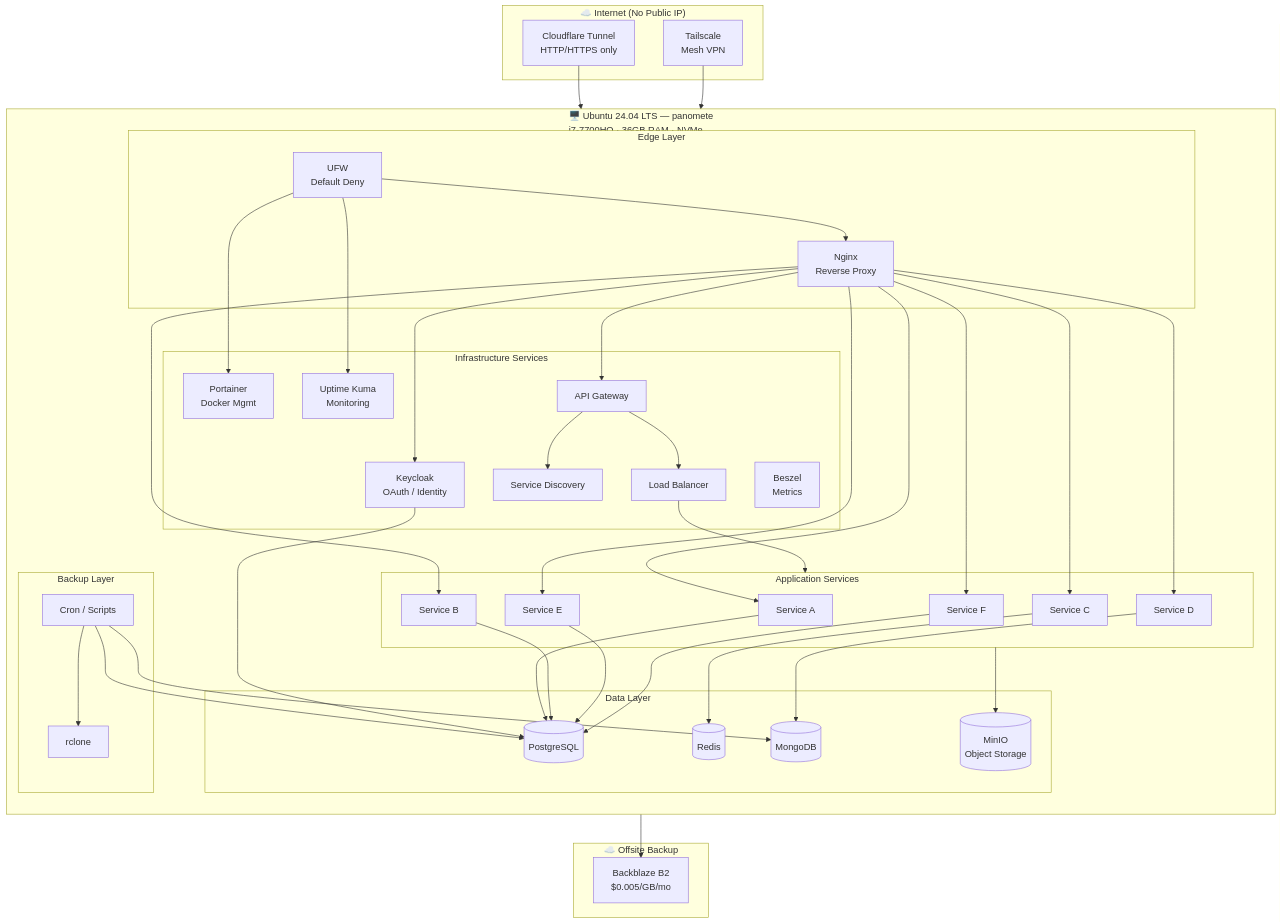
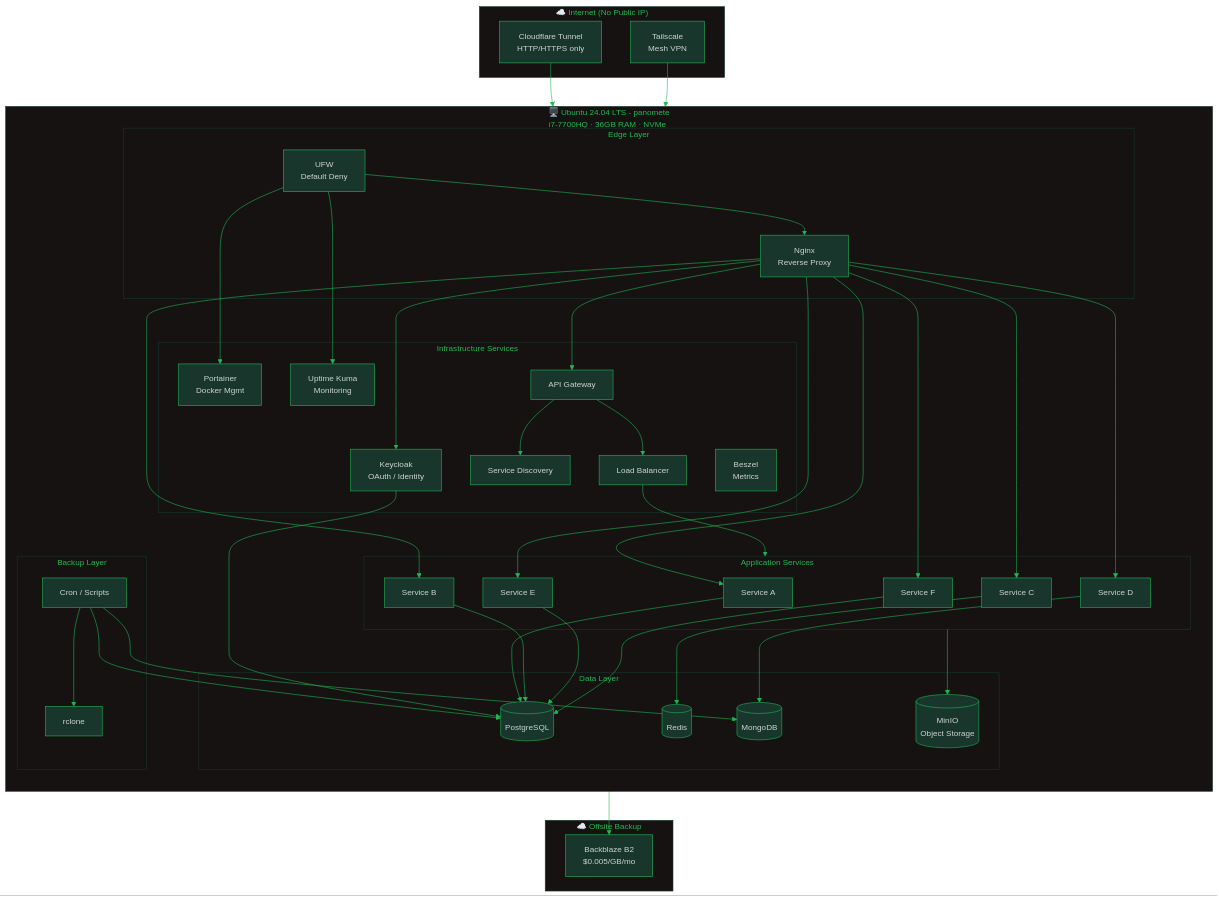
The diagram in checklist/infra-checklist/homelab-infra.md (oat431/swe-knowledge), drawn with Mermaid before and after one commit. The commit also changed other lines of this file and 83 other files, not shown here.

````diff
--- a/checklist/infra-checklist/homelab-infra.md
+++ b/checklist/infra-checklist/homelab-infra.md
@@ -184,11 +184,12 @@
 ```mermaid
+%%{init: {'theme':'base','themeVariables':{'primaryColor':'#19362D','primaryTextColor':'#CDD3D1','primaryBorderColor':'#1FB854','lineColor':'#1FB854','secondaryColor':'#161212','tertiaryColor':'#1B1717','background':'#1B1717','mainBkg':'#19362D','nodeBorder':'#1FB854','clusterBkg':'#161212','clusterBorder':'#19362D','titleColor':'#1FB854','edgeLabelBackground':'#161212','fontSize':'14px'}}}%%
 flowchart TB
     subgraph Internet["☁️ Internet (No Public IP)"]
         CF["Cloudflare Tunnel\nHTTP/HTTPS only"]
         TS["Tailscale\nMesh VPN"]
     end
 
-    subgraph Server["🖥️ Ubuntu 24.04 LTS — panomete\ni7-7700HQ · 36GB RAM · NVMe"]
+    subgraph Server["🖥️ Ubuntu 24.04 LTS - panomete\ni7-7700HQ · 36GB RAM · NVMe"]
         direction TB
 
         subgraph Edge["Edge Layer"]
@@ -264,4 +265,6 @@
     Cron --> Mongo
     Cron --> Rclone
     Rclone --> B2
+
+
 ```
````
